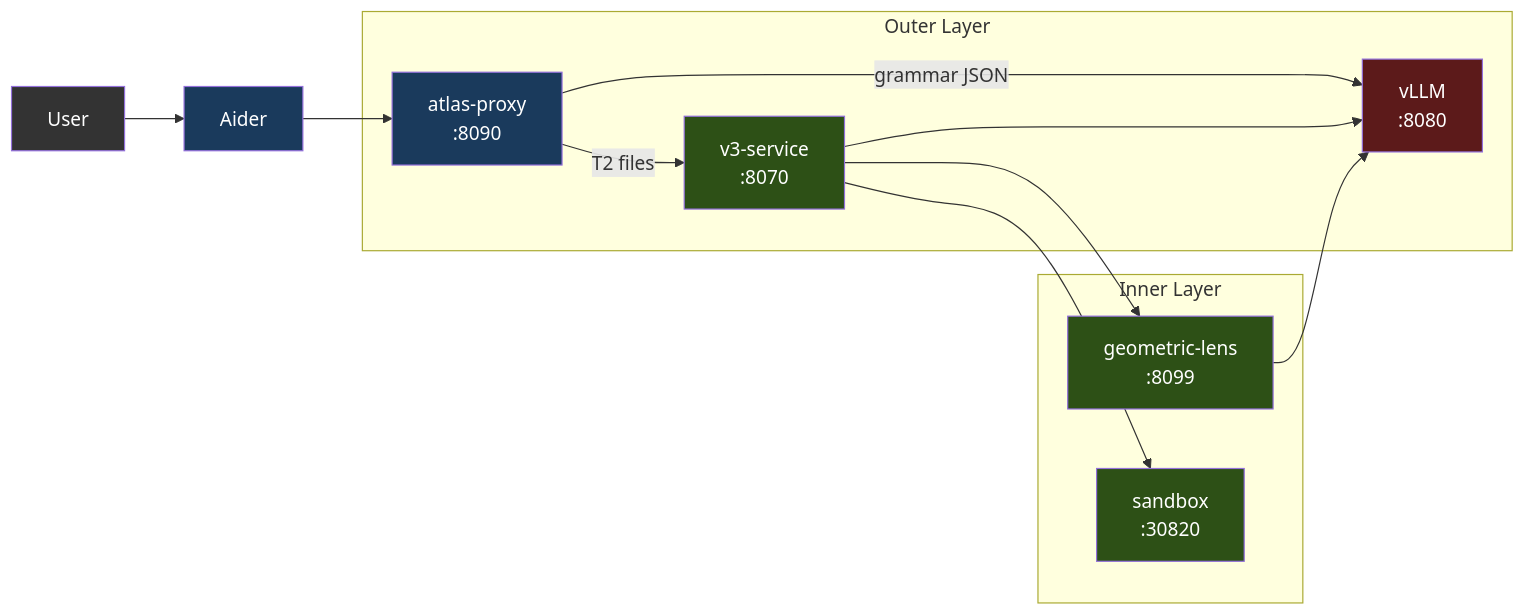
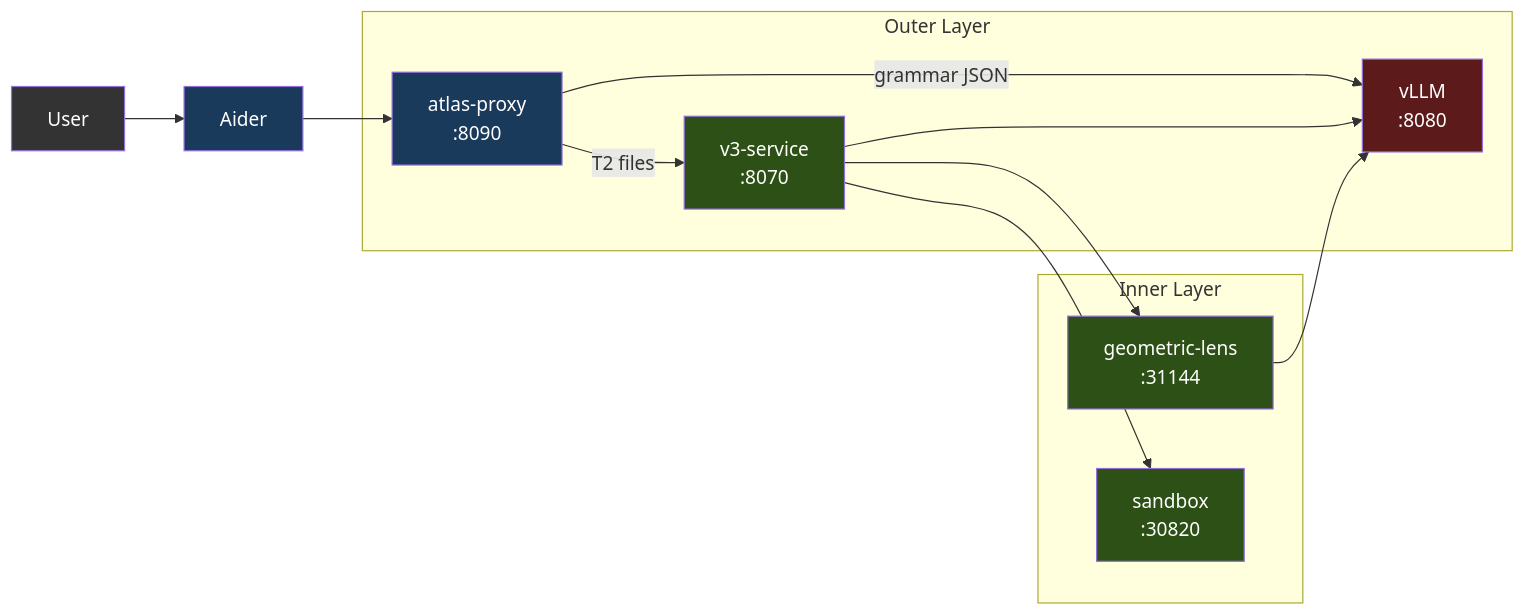
One commit to itigges22/ATLAS changed the first of 13 diagrams in docs/ARCHITECTURE.md. Above: the diagram before and after it, drawn with Mermaid. The commit also changed other lines of this file and 13 other files, not shown here.

````diff
--- a/docs/ARCHITECTURE.md
+++ b/docs/ARCHITECTURE.md
@@ -9,24 +9,24 @@
 ```mermaid
 graph LR
     User["User"] --> Aider["Aider"] --> Proxy["atlas-proxy\n:8090"]
 
     subgraph outer["Outer Layer"]
         Proxy -->|"grammar JSON"| LLM["vLLM\n:8080"]
         Proxy -->|"T2 files"| V3Service["v3-service\n:8070"]
     end
 
     subgraph inner["Inner Layer"]
         V3Service --> LLM
-        V3Service --> Lens["geometric-lens\n:8099"]
+        V3Service --> Lens["geometric-lens\n:31144"]
         V3Service --> Sandbox["sandbox\n:30820"]
         Lens --> LLM
     end
 
     style User fill:#333,color:#fff
     style Aider fill:#1a3a5c,color:#fff
     style Proxy fill:#1a3a5c,color:#fff
     style LLM fill:#5c1a1a,color:#fff
     style V3Service fill:#2d5016,color:#fff
     style Lens fill:#2d5016,color:#fff
     style Sandbox fill:#2d5016,color:#fff
 ```
````
